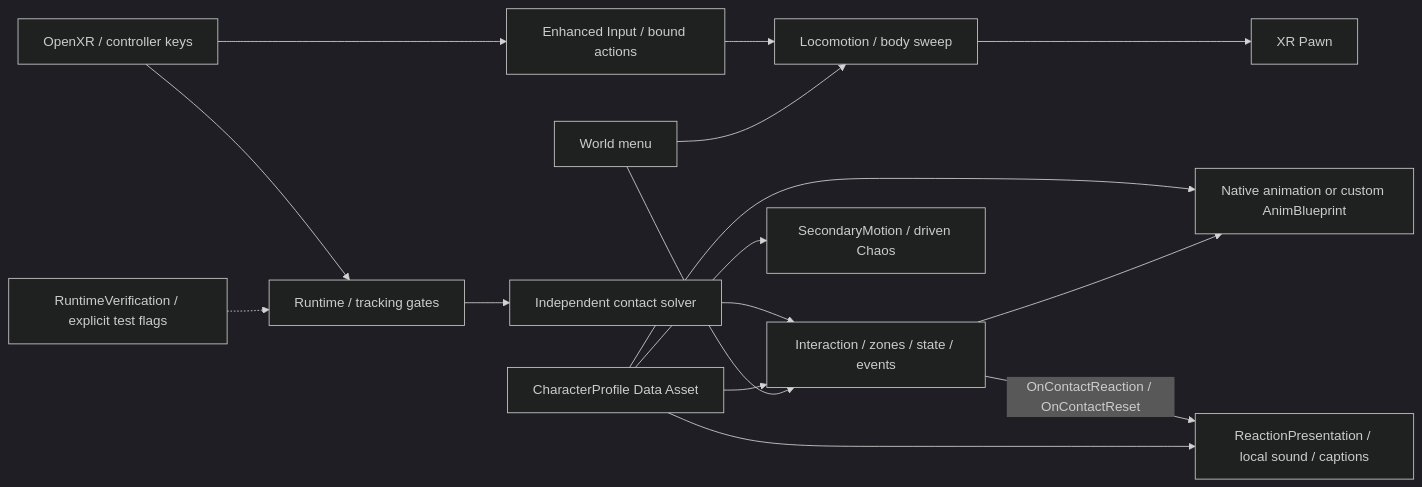
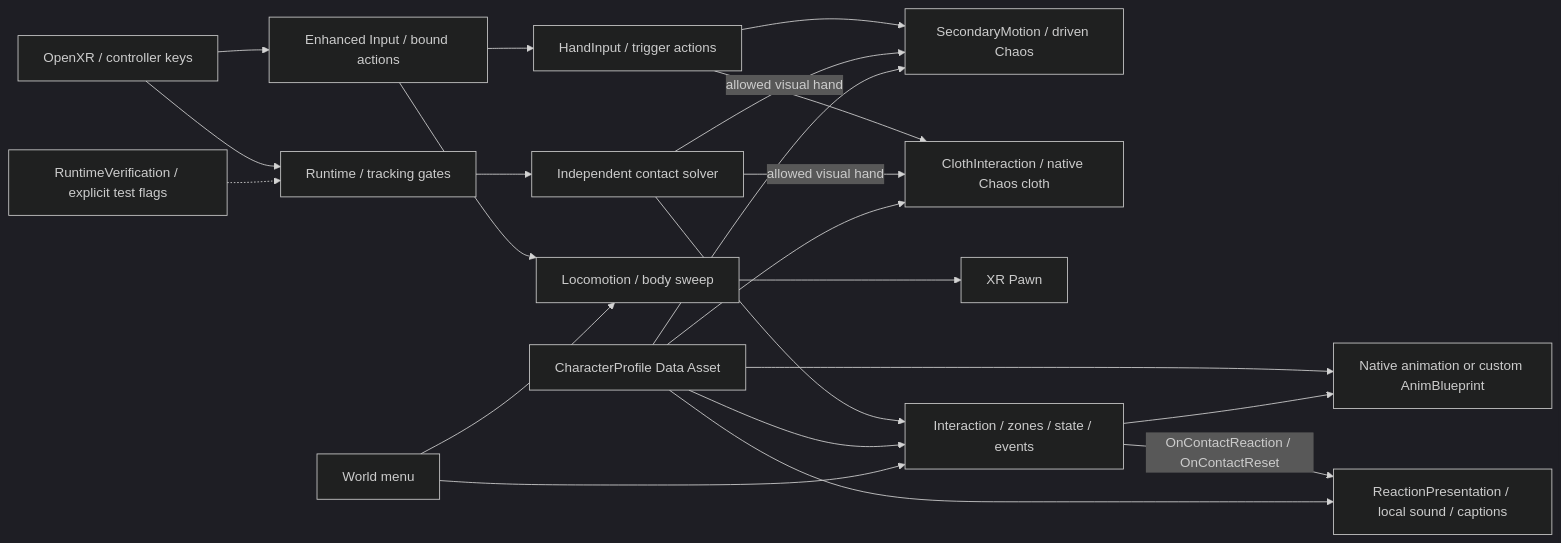
The diagram in docs/ARCHITECTURE.md (alesha229/ue-proto), drawn with Mermaid (dark theme) before and after one commit. The commit also changed other lines of this file and 46 other files, not shown here.

First line of the commit message:
Port Blender soft-body cages to native Chaos cloth with VR hand press and grab

````diff
--- a/docs/ARCHITECTURE.md
+++ b/docs/ARCHITECTURE.md
@@ -12,18 +23,24 @@
 ```mermaid
 flowchart LR
     XR[OpenXR / controller keys] --> EI[Enhanced Input / bound actions]
     EI --> Move[Locomotion / body sweep]
+    EI --> Grab[HandInput / trigger actions]
+    Grab --> Physics
+    Grab --> Cloth[ClothInteraction / native Chaos cloth]
+    Solver -->|allowed visual hand| Cloth
+    Solver -->|allowed visual hand| Physics
     Move --> Pawn[XR Pawn]
     XR --> Track[Runtime / tracking gates]
     Track --> Solver[Independent contact solver]
     Solver --> Contact[Interaction / zones / state / events]
     Profile[CharacterProfile Data Asset] --> Contact
     Profile --> Anim[Native animation or custom AnimBlueprint]
     Profile --> Physics[SecondaryMotion / driven Chaos]
+    Profile --> Cloth
     Contact --> Anim
     Contact -->|OnContactReaction / OnContactReset| Present[ReactionPresentation / local sound / captions]
     Profile --> Present
     Menu[World menu] --> Move
     Menu --> Contact
     Verify[RuntimeVerification / explicit test flags] -.-> Track
 ```
````
